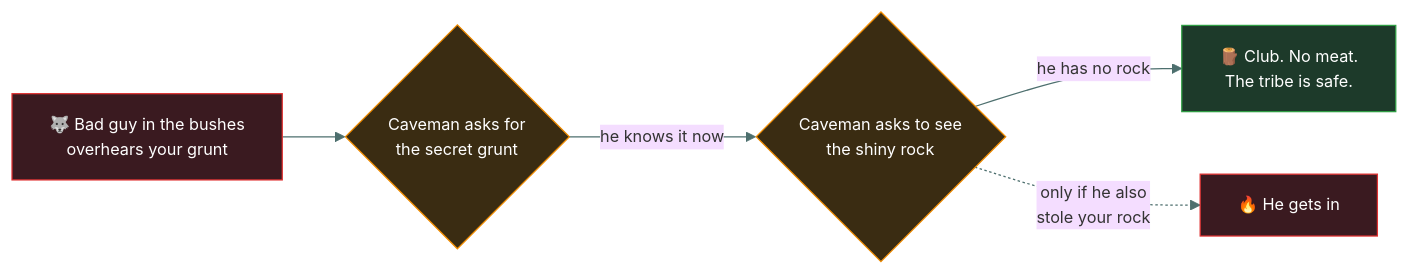
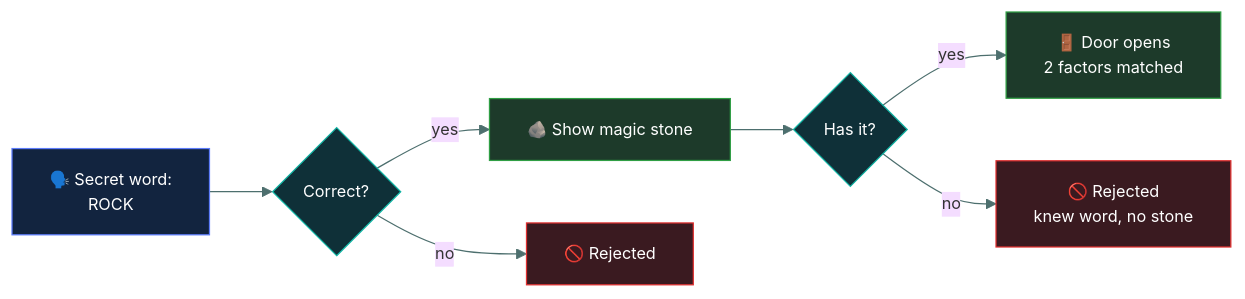
Before and after one commit to tarunTejaDesireddy/cc-exam-prep: the third of 4 diagrams in 01-security-principles/authentication/README.md, drawn with Mermaid. The commit also changed other lines of this file and 1 other file, not shown here.

````diff
--- a/01-security-principles/authentication/README.md
+++ b/01-security-principles/authentication/README.md
@@ -95,15 +167,18 @@
 ```mermaid
 %%{init: {'theme':'base','themeVariables':{'fontFamily':'Segoe UI, Helvetica Neue, Arial, sans-serif','fontSize':'13px','lineColor':'#4d6f6e','textColor':'#dbe7e6'}}}%%
 flowchart LR
-    BAD["🐺 Bad guy in the bushes<br/>overhears your grunt"]
-    BAD --> G1{"Caveman asks for<br/>the secret grunt"}
-    G1 -->|"he knows it now"| G2{"Caveman asks to see<br/>the shiny rock"}
-    G2 -->|"he has no rock"| CLUB["🪵 Club. No meat.<br/>The tribe is safe."]
-    G2 -.->|"only if he also<br/>stole your rock"| GOT["🔥 He gets in"]
+    W1["🗣️ Secret word:<br/>ROCK"] --> F1{"Correct?"}
+    F1 -->|yes| S1["🪨 Show magic stone"]
+    F1 -->|no| CLUB["🚫 Rejected"]
+    S1 --> F2{"Has it?"}
+    F2 -->|yes| OPEN["🚪 Door opens<br/>2 factors matched"]
+    F2 -->|no| CLUB2["🚫 Rejected<br/>knew word, no stone"]
 
-    style BAD fill:#3a1a20,stroke:#E03131,color:#fff
-    style G1 fill:#3a2c12,stroke:#F08C00,color:#fff
-    style G2 fill:#3a2c12,stroke:#F08C00,color:#fff
-    style CLUB fill:#1d3a2a,stroke:#2F9E44,color:#fff
-    style GOT fill:#3a1a20,stroke:#E03131,color:#fff
+    style W1 fill:#12243f,stroke:#5C7CFA,color:#fff
+    style F1 fill:#0f3038,stroke:#12B5A5,color:#fff
+    style S1 fill:#1d3a2a,stroke:#2F9E44,color:#fff
+    style F2 fill:#0f3038,stroke:#12B5A5,color:#fff
+    style OPEN fill:#1d3a2a,stroke:#2F9E44,color:#fff
+    style CLUB fill:#3a1a20,stroke:#E03131,color:#fff
+    style CLUB2 fill:#3a1a20,stroke:#E03131,color:#fff
 ```
````
